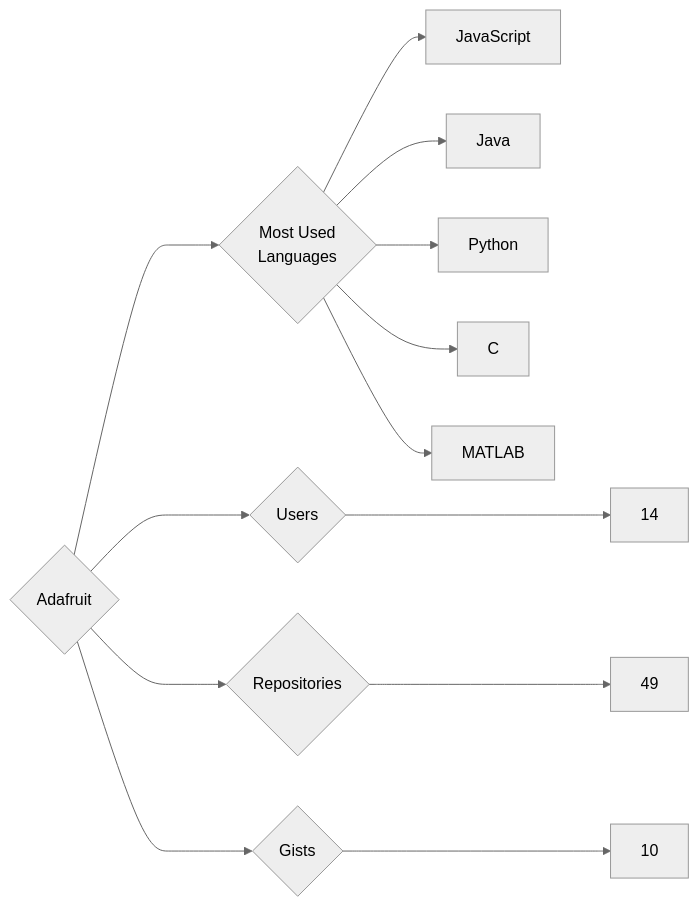
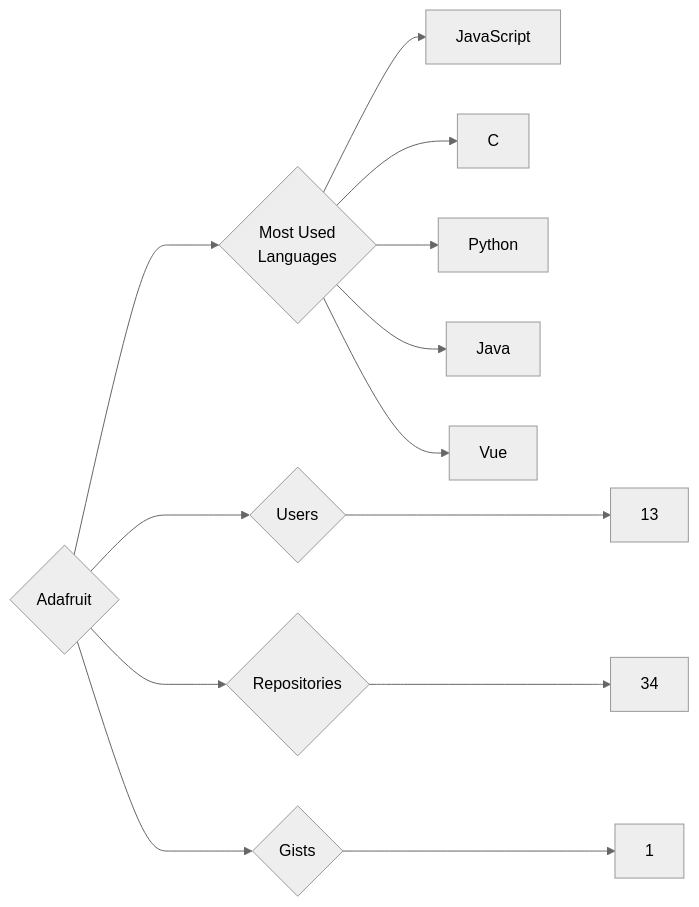
The diagram in targets/Adafruit/README.md (trickest/insiders), drawn with Mermaid (neutral theme) before and after one commit. The commit also changed 933 other files, not shown here.

````diff
--- a/targets/Adafruit/README.md
+++ b/targets/Adafruit/README.md
@@ -3,13 +3,13 @@
 ```mermaid
 graph LR
 COMPANY_NAME{Adafruit}
-COMPANY_NAME ---> U{Users} ---> UN[14]
-COMPANY_NAME ---> R{Repositories} ---> RN[49]
-COMPANY_NAME ---> G{Gists} ---> GN[10]
+COMPANY_NAME ---> U{Users} ---> UN[13]
+COMPANY_NAME ---> R{Repositories} ---> RN[34]
+COMPANY_NAME ---> G{Gists} ---> GN[1]
 COMPANY_NAME ---> ML{Most Used<br>Languages}
 ML --> JavaScript[JavaScript]
+ML --> C[C]
+ML --> Python[Python]
 ML --> Java[Java]
-ML --> Python[Python]
-ML --> C[C]
-ML --> MATLAB[MATLAB]
+ML --> Vue[Vue]
 ```
````
